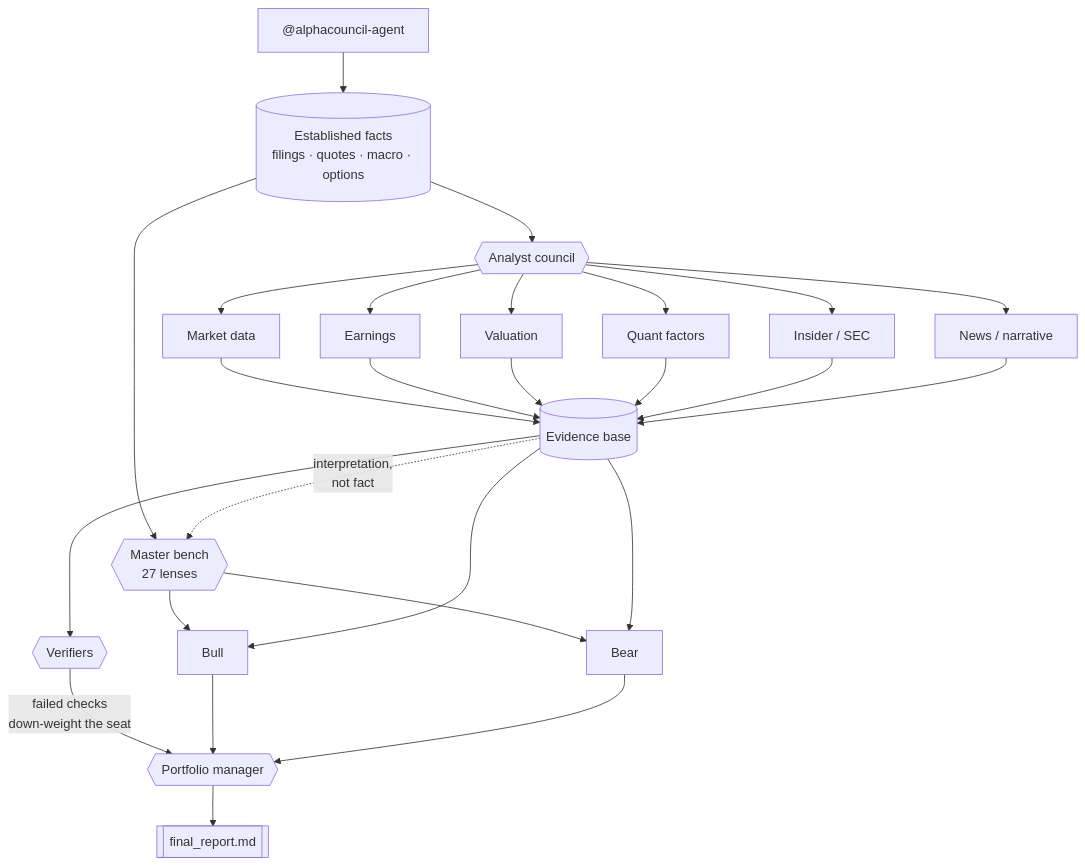
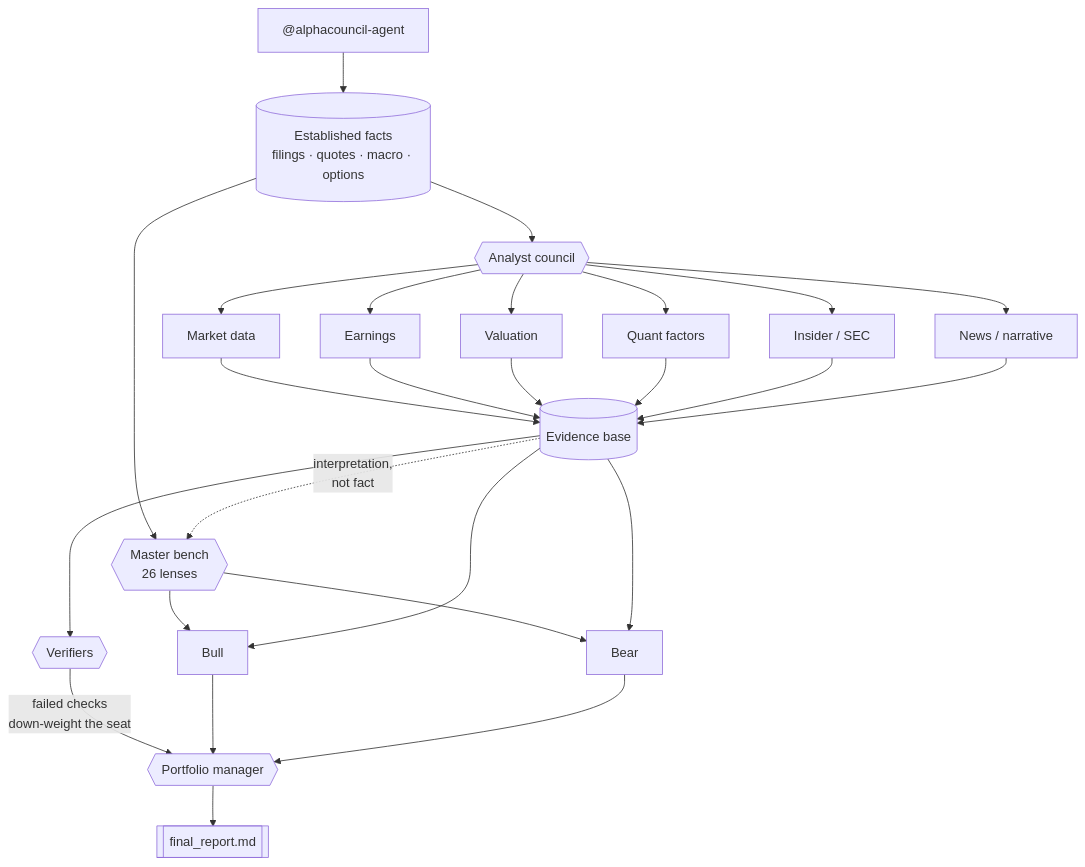
One commit to Zhao73/alphacouncil-agent changed the diagram in README.ja.md. Above: the diagram before and after it, drawn with Mermaid. The commit also changed other lines of this file and 375 other files, not shown here.

````diff
--- a/README.ja.md
+++ b/README.ja.md
@@ -284,28 +288,28 @@
 ```mermaid
 flowchart TD
     U["@alphacouncil-agent"] --> G[("Established facts<br/>filings · quotes · macro · options")]
     G --> AG{{"Analyst council"}}
-    G --> MS{{"Master bench<br/>27 lenses"}}
+    G --> MS{{"Master bench<br/>26 lenses"}}
     AG --> A1["Market data"]
     AG --> A2["Earnings"]
     AG --> A3["Valuation"]
     AG --> A4["Quant factors"]
     AG --> A5["Insider / SEC"]
     AG --> A6["News / narrative"]
     A1 --> EV[("Evidence base")]
     A2 --> EV
     A3 --> EV
     A4 --> EV
     A5 --> EV
     A6 --> EV
     EV -.->|"interpretation,<br/>not fact"| MS
     EV --> VF{{"Verifiers"}}
     VF -->|"failed checks<br/>down-weight the seat"| PM
     MS --> BULL["Bull"]
     MS --> BEAR["Bear"]
     EV --> BULL
     EV --> BEAR
     BULL --> PM{{"Portfolio manager"}}
     BEAR --> PM
     PM --> R[["final_report.md"]]
 ```
````
